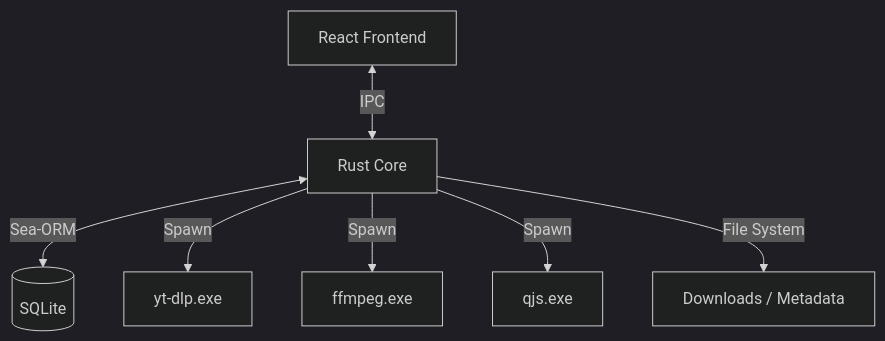
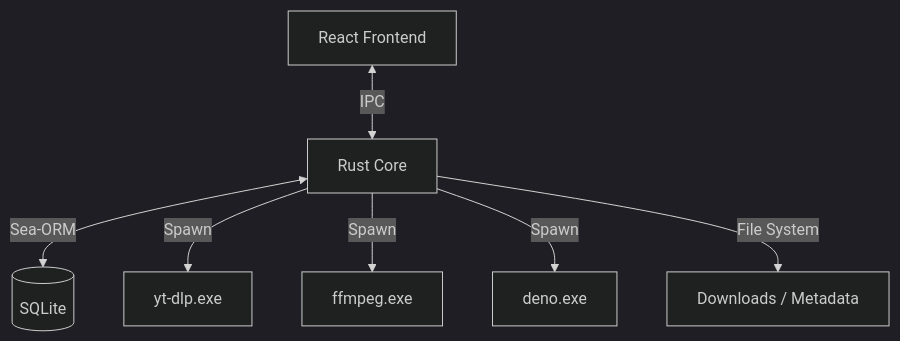
The diagram in memory-bank/systemPatterns.md (Zidane0MA/VideoDownloaderPro), drawn with Mermaid (dark theme) before and after one commit. The commit also changed other lines of this file and 6 other files, not shown here.

Commit message:
feat: Add initial comprehensive documentation covering project architecture, progress, technical context, and authentication scaling.

````diff
--- a/memory-bank/systemPatterns.md
+++ b/memory-bank/systemPatterns.md
@@ -6,9 +6,9 @@
 ```mermaid
 graph TD
     UI[React Frontend] <-->|IPC| Core[Rust Core]
     Core <-->|Sea-ORM| DB[(SQLite)]
     Core -->|Spawn| YTDLP[yt-dlp.exe]
     Core -->|Spawn| FFMPEG[ffmpeg.exe]
-    Core -->|Spawn| QJS[qjs.exe]
+    Core -->|Spawn| DENO[deno.exe]
     Core -->|File System| Storage[Downloads / Metadata]
 ```
````
